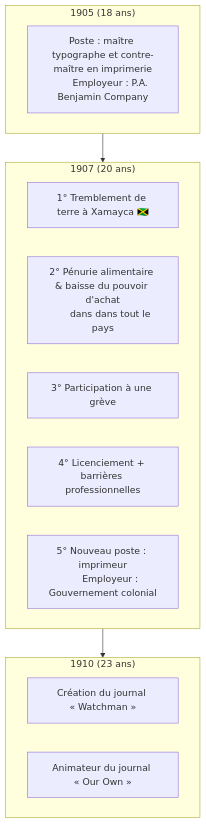
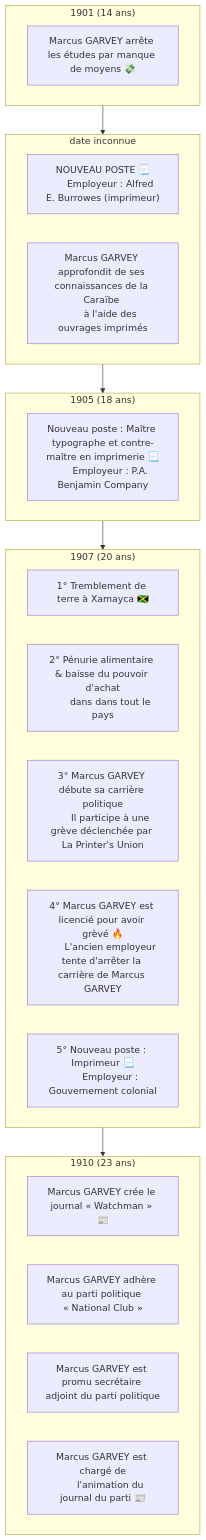
The fourth of 4 diagrams in en-cours/personnalite/homme/polymathe/caraibes/midi/colonie/xamayca/marcus-gavey.md (ba-moun/Ba-Moun-Save), drawn with Mermaid before and after one commit. The commit also changed other lines of this file, not shown here.

Commit message:
docs: update en-cours/personnalite/homme/polymathe/caraibes/midi/colonie/xamayca/marcus-gavey

````diff
--- a/en-cours/personnalite/homme/polymathe/caraibes/midi/colonie/xamayca/marcus-gavey.md
+++ b/en-cours/personnalite/homme/polymathe/caraibes/midi/colonie/xamayca/marcus-gavey.md
@@ -207,27 +215,46 @@
 ```mermaid
 flowchart TB
 
+   subgraph id21["1901 (14 ans)"]
+      id0["Marcus GARVEY arrête les études par manque de moyens 💸"]
+   end
+   
+   subgraph id2["date inconnue"]
+      id1["NOUVEAU POSTE 📃
+      Employeur : Alfred E. Burrowes (imprimeur)"]
+      id3["Marcus GARVEY approfondit de ses connaissances de la Caraïbe 
+      à l'aide des ouvrages imprimés"]
+   end
+   
    subgraph id4["1905 (18 ans)"]
-      id5["Poste : maître typographe et contre-maître en imprimerie
+      id5["Nouveau poste : Maître typographe et contre-maître en imprimerie 📃
       Employeur : P.A. Benjamin Company"]
    end
    
    subgraph id7["1907 (20 ans)"]
       id13["1° Tremblement de terre à Xamayca 🇯🇲"]
       id14["2° Pénurie alimentaire & baisse du pouvoir d'achat
       dans dans tout le pays"]
-      id6["3° Participation à une grève"]
-      id8["4° Licenciement + barrières professionnelles"]
-      id9["5° Nouveau poste : imprimeur
+      id6["3° Marcus GARVEY débute sa carrière politique
+      Il participe à une grève déclenchée par La Printer's Union"]
+      id8["4° Marcus GARVEY est licencié pour avoir grèvé 🔥
+      L'ancien employeur tente d'arrêter la carrière de Marcus GARVEY"]
+      id9["5° Nouveau poste : Imprimeur 📃
       Employeur : Gouvernement colonial"]
    end
    
    subgraph id10["1910 (23 ans)"]
-      id11["Création du journal « Watchman »"]
-      id12["Animateur du journal « Our Own »"]
+      id11["Marcus GARVEY crée le journal « Watchman » 📰"]
+      id25["Marcus GARVEY adhère au parti politique « National Club »"]
+      id26["Marcus GARVEY est promu secrétaire adjoint du parti politique"]
+      id12["Marcus GARVEY est chargé de
+      l'animation du journal du parti 📰"]
    end
    
+   
+   id21 --> id2
+   id2 --> id4
    id4 --> id7
    id7 --> id10
 
 ```
````
